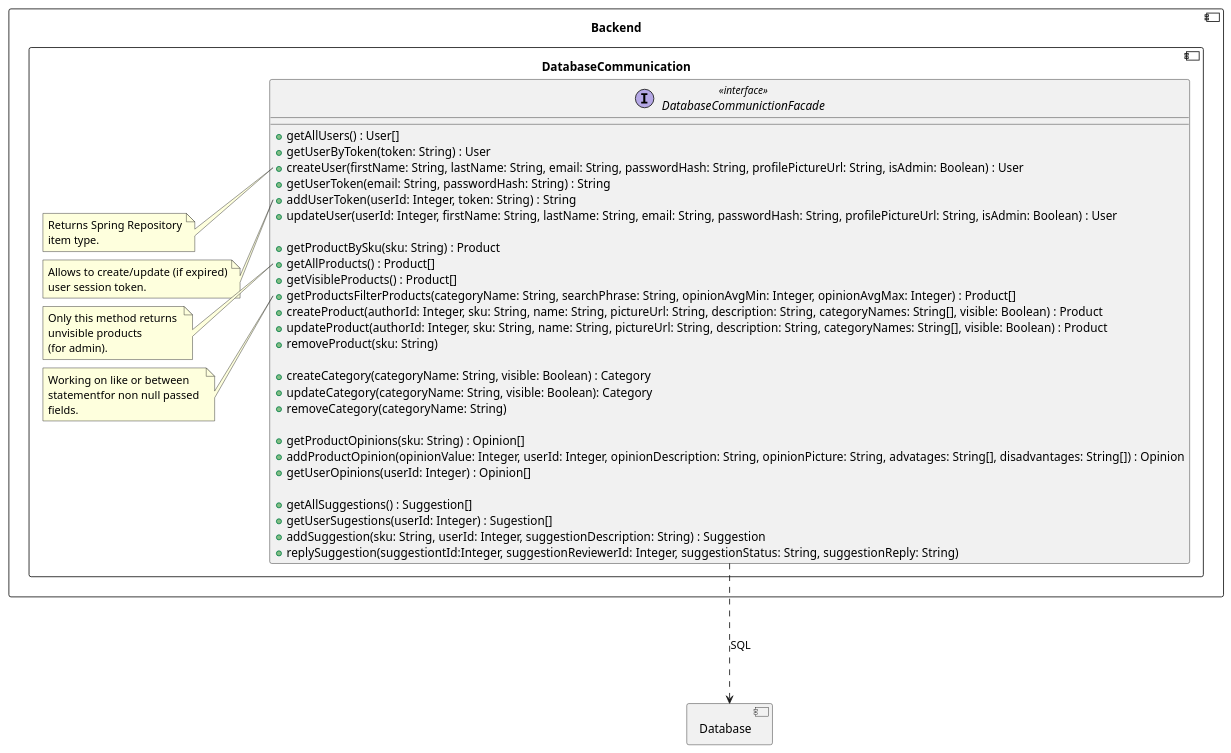
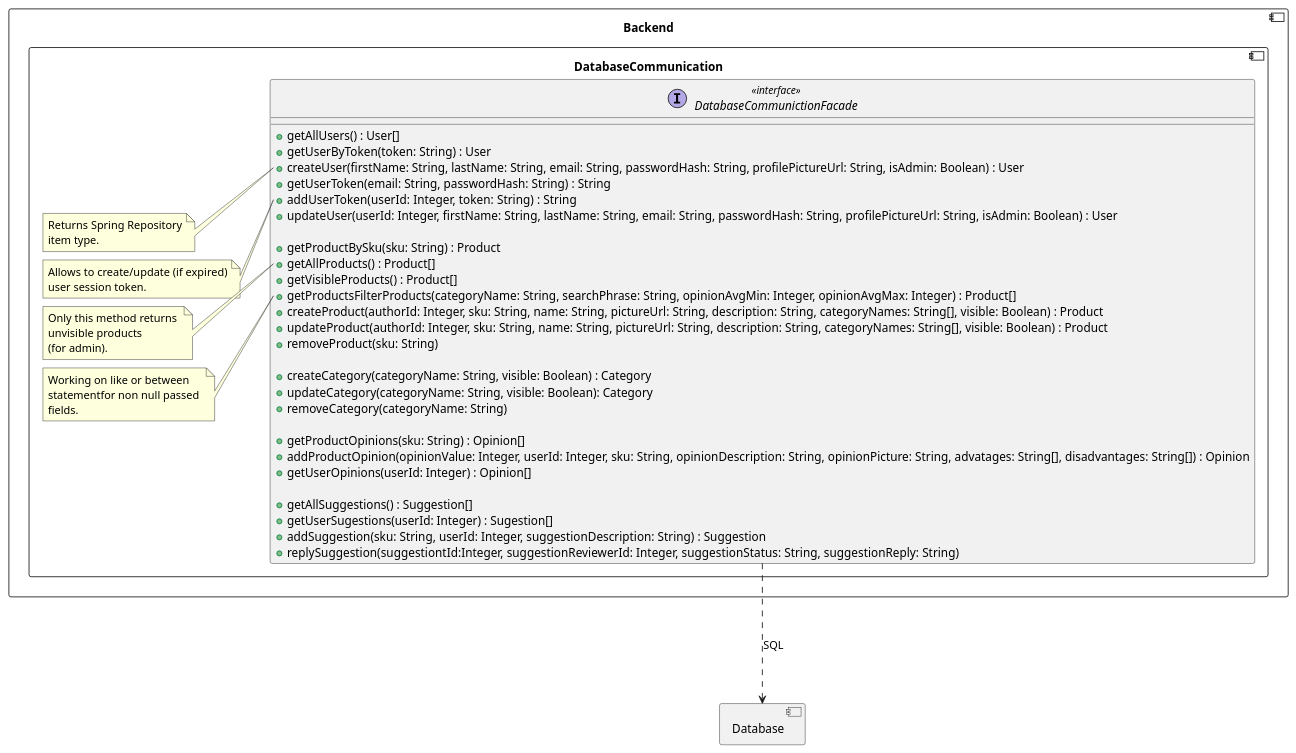
One commit to RadekBucki/OpinionCollectorArchitecture changed the second of 2 diagrams in backend/DatabaseCommunication.md. Above: the diagram before and after it, drawn with PlantUML. The commit also changed 2 other files, not shown here.

Commit message:
Add missed product id

````diff
--- a/backend/DatabaseCommunication.md
+++ b/backend/DatabaseCommunication.md
@@ -27,64 +27,64 @@
 ```plantuml
 @startuml
 
 component Database {
 }
 component Backend {
     component DatabaseCommunication {
         interface DatabaseCommunictionFacade <<interface>> {
             + getAllUsers() : User[]
             + getUserByToken(token: String) : User
             + createUser(firstName: String, lastName: String, email: String, passwordHash: String, profilePictureUrl: String, isAdmin: Boolean) : User
             + getUserToken(email: String, passwordHash: String) : String
             + addUserToken(userId: Integer, token: String) : String
             + updateUser(userId: Integer, firstName: String, lastName: String, email: String, passwordHash: String, profilePictureUrl: String, isAdmin: Boolean) : User
         
             + getProductBySku(sku: String) : Product
             + getAllProducts() : Product[]
             + getVisibleProducts() : Product[]
             + getProductsFilterProducts(categoryName: String, searchPhrase: String, opinionAvgMin: Integer, opinionAvgMax: Integer) : Product[]
             + createProduct(authorId: Integer, sku: String, name: String, pictureUrl: String, description: String, categoryNames: String[], visible: Boolean) : Product
             + updateProduct(authorId: Integer, sku: String, name: String, pictureUrl: String, description: String, categoryNames: String[], visible: Boolean) : Product
             + removeProduct(sku: String)
 
             + createCategory(categoryName: String, visible: Boolean) : Category
             + updateCategory(categoryName: String, visible: Boolean): Category
             + removeCategory(categoryName: String)
             
             + getProductOpinions(sku: String) : Opinion[]
-            + addProductOpinion(opinionValue: Integer, userId: Integer, opinionDescription: String, opinionPicture: String, advatages: String[], disadvantages: String[]) : Opinion
+            + addProductOpinion(opinionValue: Integer, userId: Integer, sku: String, opinionDescription: String, opinionPicture: String, advatages: String[], disadvantages: String[]) : Opinion
             + getUserOpinions(userId: Integer) : Opinion[]
             
             + getAllSuggestions() : Suggestion[]
             + getUserSugestions(userId: Integer) : Sugestion[]
             + addSuggestion(sku: String, userId: Integer, suggestionDescription: String) : Suggestion
             + replySuggestion(suggestiontId:Integer, suggestionReviewerId: Integer, suggestionStatus: String, suggestionReply: String)
         }
         note left of DatabaseCommunictionFacade::createUser
             Returns Spring Repository
             item type.
         endnote
         
         note left of DatabaseCommunictionFacade::addUserToken
             Allows to create/update (if expired)
             user session token.
         endnote
         
         note left of DatabaseCommunictionFacade::getAllProducts
             Only this method returns 
             unvisible products
             (for admin).
         endnote
         
         note left of DatabaseCommunictionFacade::getProductsFilterProducts
             Working on like or between 
             statementfor non null passed 
             fields.
         endnote
     }
 }
 
 DatabaseCommunictionFacade ...> Database : SQL
 
 @enduml 
 ```
````
